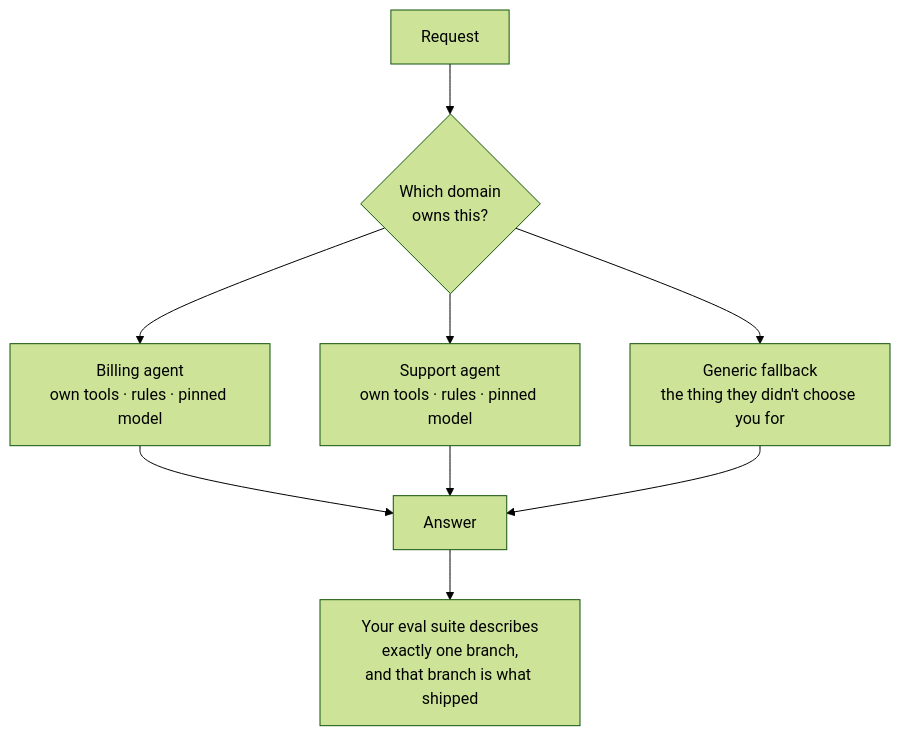
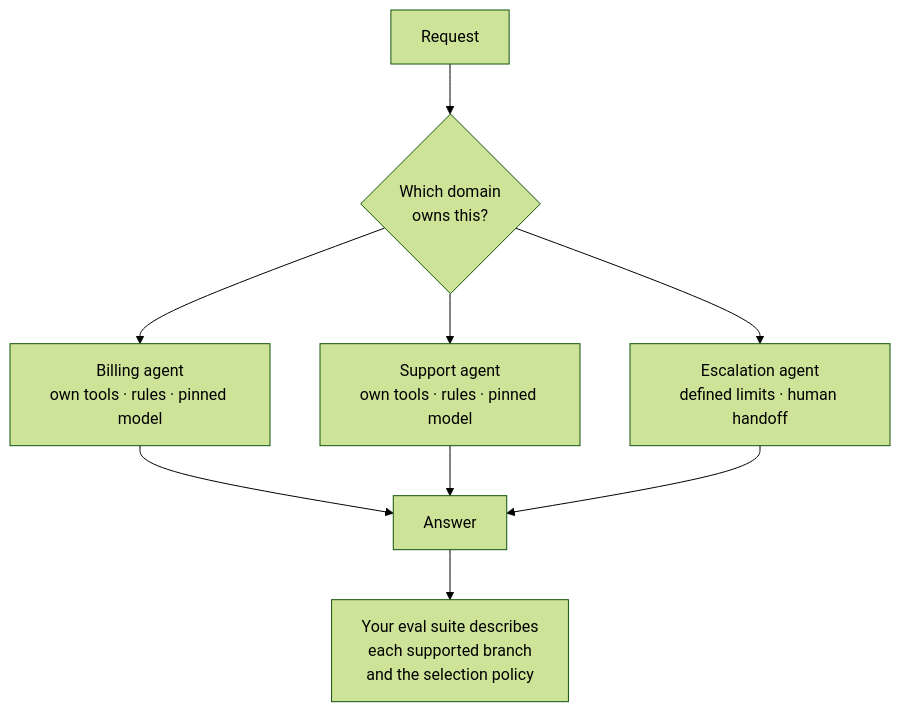
One commit to urmzd/urmzd.com changed the third of 3 diagrams in src/blog/to-route-or-not-to-route.md. Above: the diagram before and after it, drawn with Mermaid (forest theme). The commit also changed other lines of this file and 1 other file, not shown here.

````diff
--- a/src/blog/to-route-or-not-to-route.md
+++ b/src/blog/to-route-or-not-to-route.md
@@ -52,11 +76,11 @@
 ```mermaid
 flowchart TD
     U2[Request] --> R2{"Which domain<br/>owns this?"}
     R2 --> A1["Billing agent<br/>own tools · rules · pinned model"]
     R2 --> A2["Support agent<br/>own tools · rules · pinned model"]
-    R2 --> A3["Generic fallback<br/>the thing they didn't choose you for"]
+    R2 --> A3["Escalation agent<br/>defined limits · human handoff"]
     A1 --> O2[Answer]
     A2 --> O2
     A3 --> O2
-    O2 --> E2["Your eval suite describes<br/>exactly one branch,<br/>and that branch is what shipped"]
+    O2 --> E2["Your eval suite describes<br/>each supported branch<br/>and the selection policy"]
 ```
````
